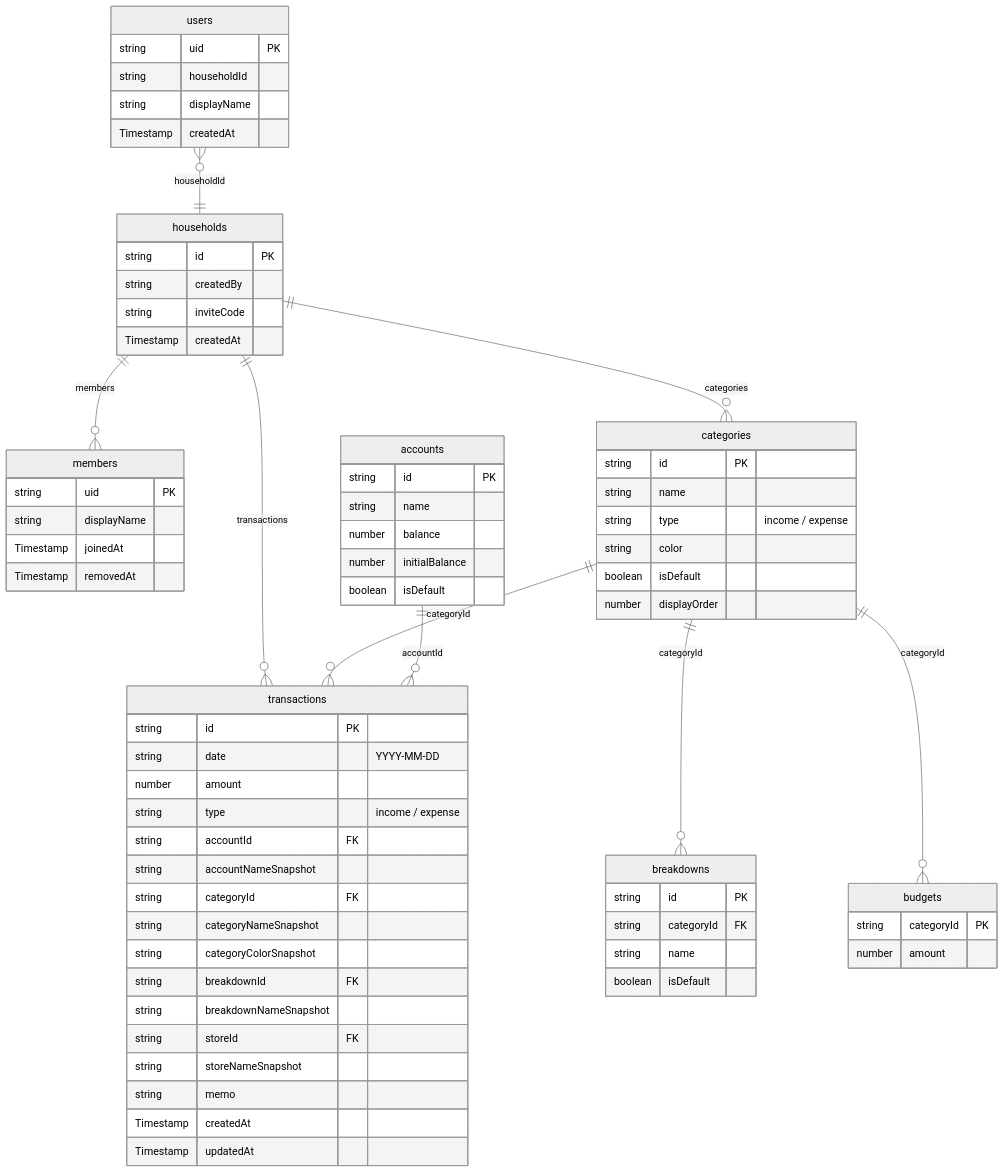
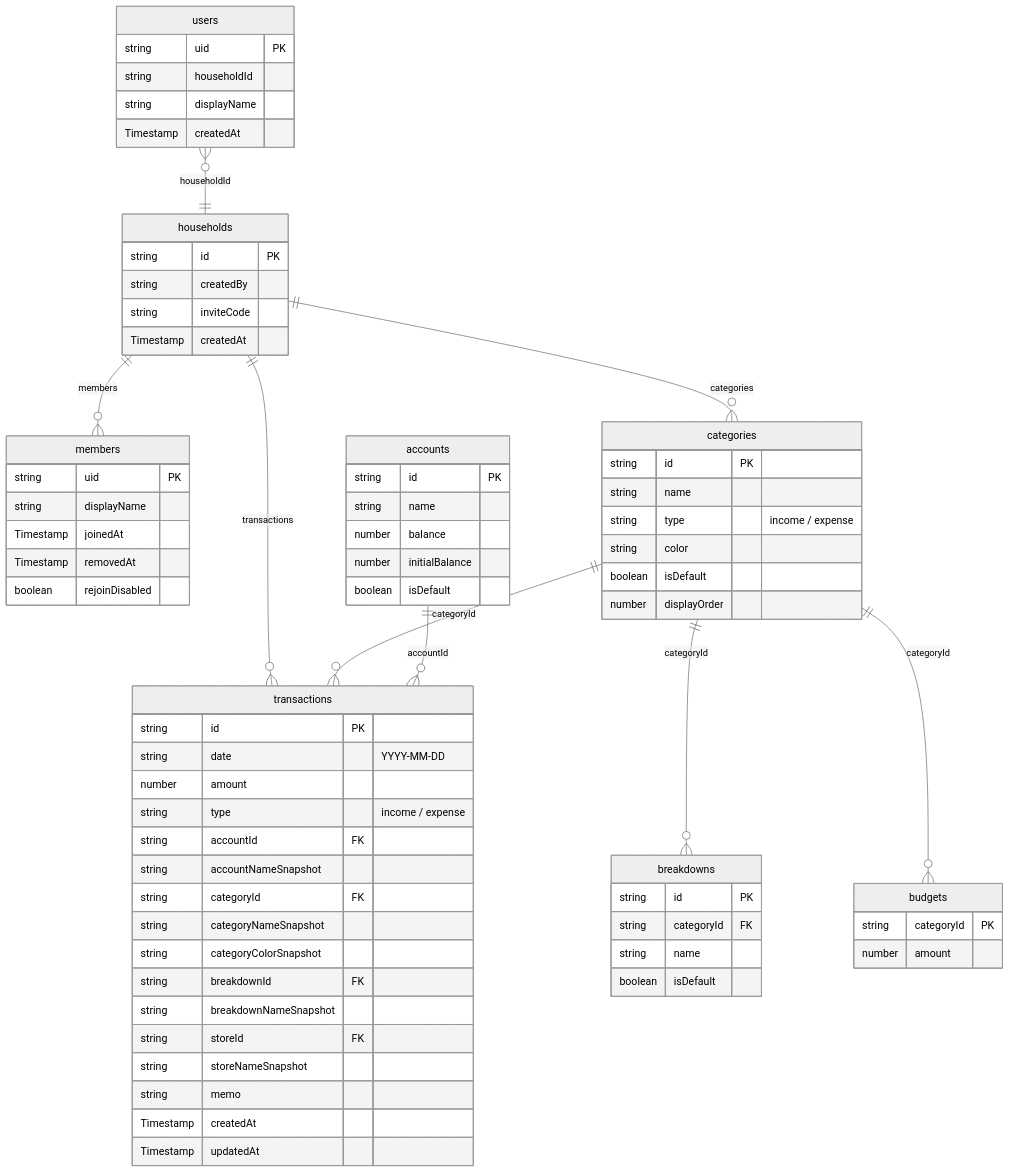
Before and after one commit to PLUG365/moneyplanner: the third of 6 diagrams in ARCHITECTURE.md, drawn with Mermaid (neutral theme). The commit also changed other lines of this file and 37 other files, not shown here.

````diff
--- a/ARCHITECTURE.md
+++ b/ARCHITECTURE.md
@@ -83,80 +83,81 @@
 ```mermaid
 erDiagram
     users {
         string uid PK
         string householdId
         string displayName
         Timestamp createdAt
     }
 
     households {
         string id PK
         string createdBy
         string inviteCode
         Timestamp createdAt
     }
 
     members {
         string uid PK
         string displayName
         Timestamp joinedAt
         Timestamp removedAt
+        boolean rejoinDisabled
     }
 
     transactions {
         string id PK
         string date "YYYY-MM-DD"
         number amount
         string type "income / expense"
         string accountId FK
         string accountNameSnapshot
         string categoryId FK
         string categoryNameSnapshot
         string categoryColorSnapshot
         string breakdownId FK
         string breakdownNameSnapshot
         string storeId FK
         string storeNameSnapshot
         string memo
         Timestamp createdAt
         Timestamp updatedAt
     }
 
     categories {
         string id PK
         string name
         string type "income / expense"
         string color
         boolean isDefault
         number displayOrder
     }
 
     breakdowns {
         string id PK
         string categoryId FK
         string name
         boolean isDefault
     }
 
     accounts {
         string id PK
         string name
         number balance
         number initialBalance
         boolean isDefault
     }
 
     budgets {
         string categoryId PK
         number amount
     }
 
     users }o--|| households : "householdId"
     households ||--o{ members : "members"
     households ||--o{ transactions : "transactions"
     households ||--o{ categories : "categories"
     categories ||--o{ breakdowns : "categoryId"
     categories ||--o{ budgets : "categoryId"
     categories ||--o{ transactions : "categoryId"
     accounts ||--o{ transactions : "accountId"
 ```
````
